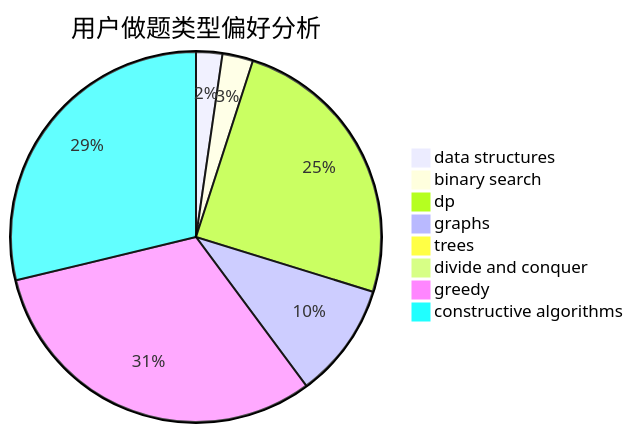
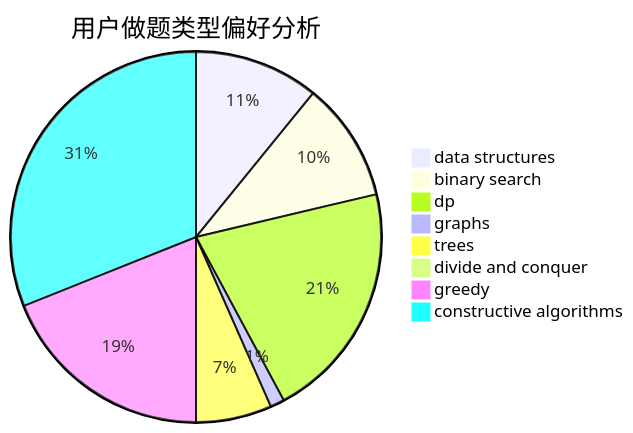
The second of 3 diagrams in docs/user/u1280.md (sherpahu/cfrs.github.io), drawn with Mermaid before and after one commit. The commit also changed other lines of this file and 2770 other files, not shown here.

````diff
--- a/docs/user/u1280.md
+++ b/docs/user/u1280.md
@@ -23,11 +23,11 @@
 ```mermaid
 pie title 用户做题类型偏好分析
-    "data structures" :  54
-    "binary search" :  63
-    "dp" :  584
-    "graphs" :  237
-    "trees" :  11
-    "divide and conquer" :  5
-    "greedy" :  739
-    "constructive algorithms" :  677
+    "data structures" :  97
+    "binary search" :  93
+    "dp" :  186
+    "graphs" :  11
+    "trees" :  59
+    "divide and conquer" :  0
+    "greedy" :  169
+    "constructive algorithms" :  277
 ```
````
